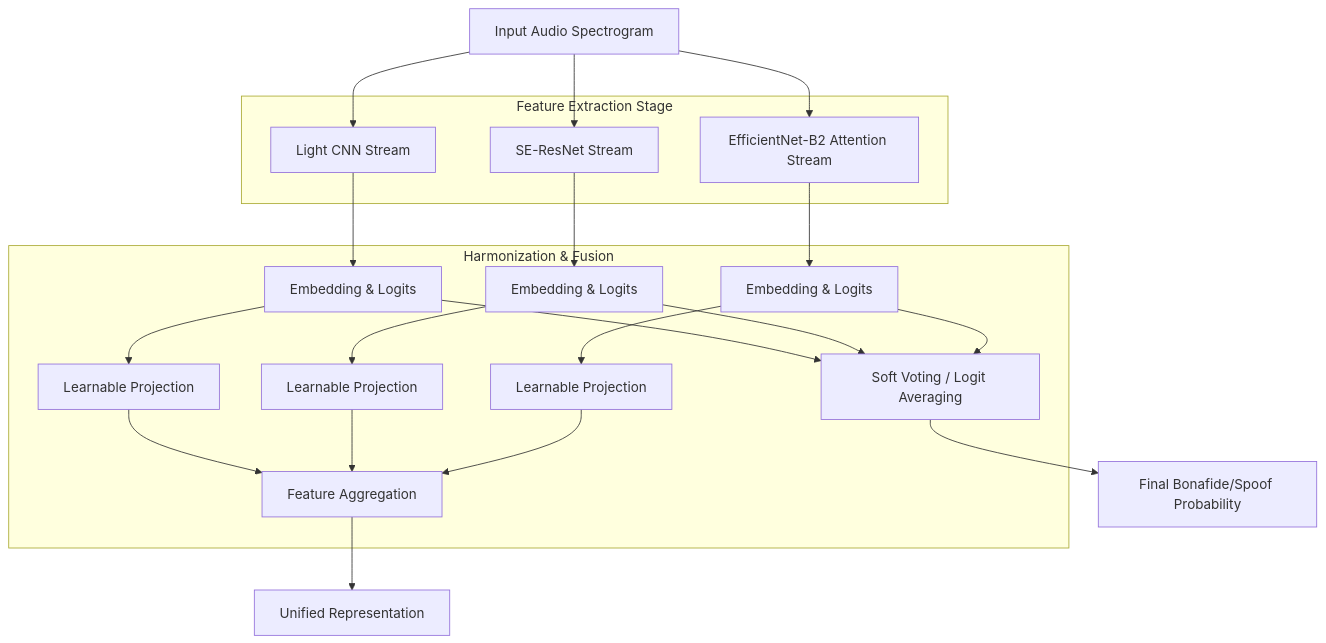
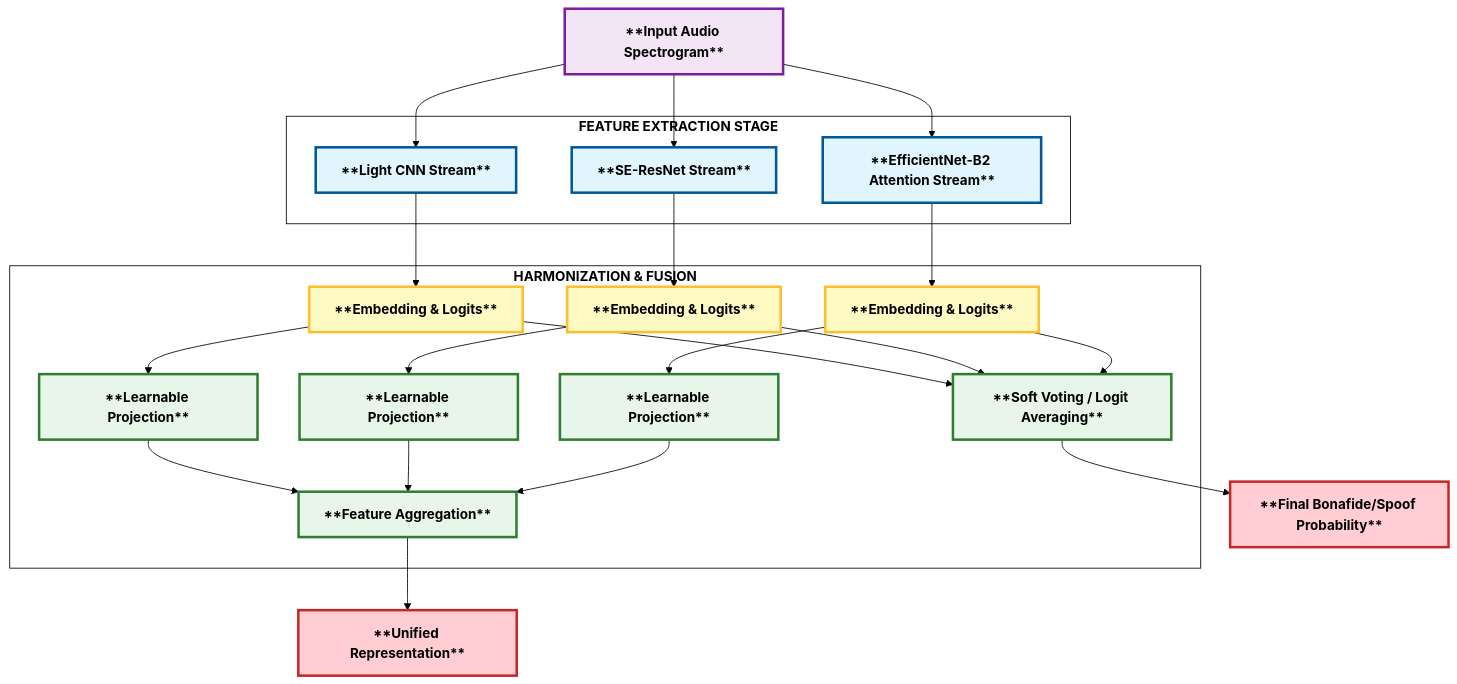
The second of 2 diagrams in docs/methodoloyg_part3.md (gkibria121/ai-voice-detector), drawn with Mermaid before and after one commit. The commit also changed other lines of this file and 5 other files, not shown here.

````diff
--- a/docs/methodoloyg_part3.md
+++ b/docs/methodoloyg_part3.md
@@ -182,33 +183,40 @@
 ```mermaid
+%%{init: {'theme':'base', 'themeVariables': { 'primaryColor':'#fff', 'primaryTextColor':'#000', 'primaryBorderColor':'#000', 'lineColor':'#000', 'secondaryColor':'#fff', 'tertiaryColor':'#fff', 'clusterBkg':'#fff', 'clusterBorder':'#000', 'titleColor':'#000', 'edgeLabelBackground':'#fff', 'fontSize':'16px', 'fontFamily':'arial'}}}%%
 graph TD
-    Input[Input Audio Spectrogram] --> Branch1
+    classDef inputStyle fill:#f3e5f5,stroke:#7b1fa2,stroke-width:3px,color:#000,font-weight:bold
+    classDef branchStyle fill:#e1f5fe,stroke:#01579b,stroke-width:3px,color:#000,font-weight:bold
+    classDef embedStyle fill:#fff9c4,stroke:#fbc02d,stroke-width:3px,color:#000,font-weight:bold
+    classDef fusionStyle fill:#e8f5e9,stroke:#2e7d32,stroke-width:3px,color:#000,font-weight:bold
+    classDef outputStyle fill:#ffcdd2,stroke:#c62828,stroke-width:3px,color:#000,font-weight:bold
+
+    Input["**Input Audio Spectrogram**"]:::inputStyle --> Branch1
     Input --> Branch2
     Input --> Branch3
 
-    subgraph "Feature Extraction Stage"
-        Branch1[Light CNN Stream]
-        Branch2[SE-ResNet Stream]
-        Branch3[EfficientNet-B2 Attention Stream]
+    subgraph Stage1["<b>FEATURE EXTRACTION STAGE</b>"]
+        Branch1["**Light CNN Stream**"]:::branchStyle
+        Branch2["**SE-ResNet Stream**"]:::branchStyle
+        Branch3["**EfficientNet-B2 Attention Stream**"]:::branchStyle
     end
 
-    Branch1 --> Embed1[Embedding & Logits]
-    Branch2 --> Embed2[Embedding & Logits]
-    Branch3 --> Embed3[Embedding & Logits]
+    Branch1 --> Embed1["**Embedding & Logits**"]:::embedStyle
+    Branch2 --> Embed2["**Embedding & Logits**"]:::embedStyle
+    Branch3 --> Embed3["**Embedding & Logits**"]:::embedStyle
 
-    subgraph "Harmonization & Fusion"
-        Embed1 --> Proj1[Learnable Projection]
-        Embed2 --> Proj2[Learnable Projection]
-        Embed3 --> Proj3[Learnable Projection]
+    subgraph Stage2["<b>HARMONIZATION & FUSION</b>"]
+        Embed1 --> Proj1["**Learnable Projection**"]:::fusionStyle
+        Embed2 --> Proj2["**Learnable Projection**"]:::fusionStyle
+        Embed3 --> Proj3["**Learnable Projection**"]:::fusionStyle
 
-        Proj1 --> FusedEmbed[Feature Aggregation]
+        Proj1 --> FusedEmbed["**Feature Aggregation**"]:::fusionStyle
         Proj2 --> FusedEmbed
         Proj3 --> FusedEmbed
 
-        Embed1 --> SoftVote[Soft Voting / Logit Averaging]
+        Embed1 --> SoftVote["**Soft Voting / Logit Averaging**"]:::fusionStyle
         Embed2 --> SoftVote
         Embed3 --> SoftVote
     end
 
-    FusedEmbed --> Rep[Unified Representation]
-    SoftVote --> Decision[Final Bonafide/Spoof Probability]
+    FusedEmbed --> Rep["**Unified Representation**"]:::outputStyle
+    SoftVote --> Decision["**Final Bonafide/Spoof Probability**"]:::outputStyle
 ```
````
